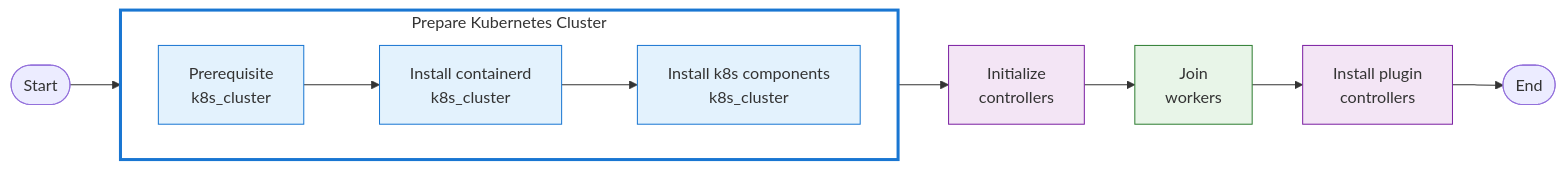
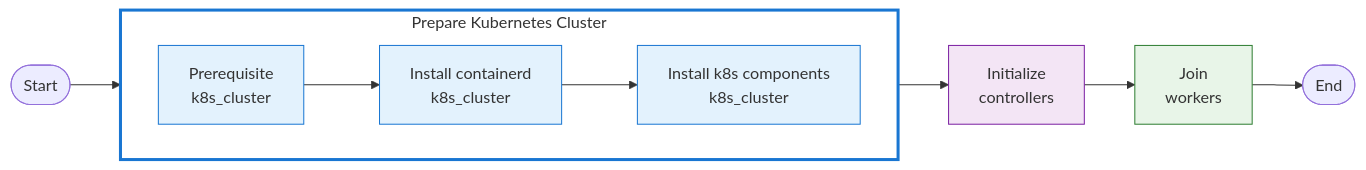
The diagram in README.md (easycodesnipper/setup-k8s), drawn with Mermaid before and after one commit.

````diff
--- a/README.md
+++ b/README.md
@@ -87,22 +87,22 @@
 ```mermaid
 flowchart LR
     Start([Start]) --> Prepare
     
     subgraph Prepare[Prepare Kubernetes Cluster]
         direction LR
         P1[Prerequisite<br>k8s_cluster] --> P2[Install containerd<br>k8s_cluster] --> P3[Install k8s components<br>k8s_cluster]
     end
     
-    Prepare --> I[Initialize<br>controllers] --> J[Join<br>workers] --> PL[Install plugin<br>controllers] --> End([End])
+    Prepare --> I[Initialize<br>controllers] --> J[Join<br>workers] --> End([End])
     
     %% Color coding by host group
     classDef k8s_cluster fill:#e3f2fd,stroke:#1976d2
     classDef controllers fill:#f3e5f5,stroke:#7b1fa2
     classDef workers fill:#e8f5e8,stroke:#2e7d32
     classDef prepare_box fill:none,stroke:#1976d2,stroke-width:3px
     
     class P1,P2,P3 k8s_cluster
-    class I,PL controllers
+    class I controllers
     class J workers
     class Prepare prepare_box
 ```
````
